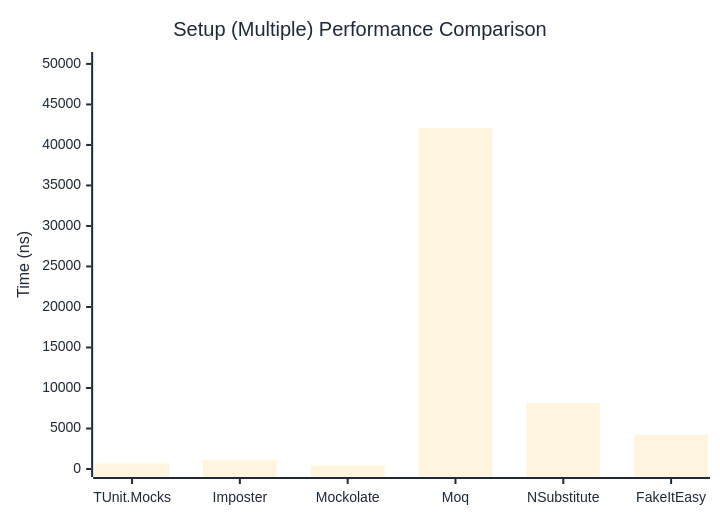
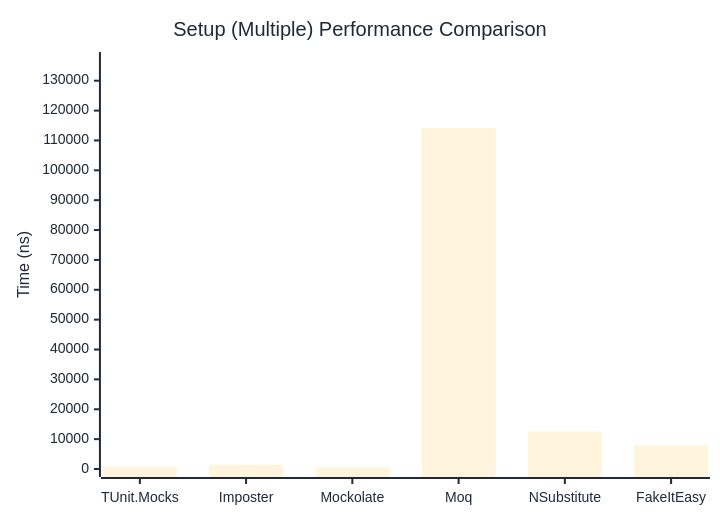
Before and after one commit to thomhurst/TUnit: the second of 2 diagrams in docs/docs/benchmarks/mocks/Setup.md, drawn with Mermaid. The commit also changed other lines of this file and 14 other files, not shown here.

````diff
--- a/docs/docs/benchmarks/mocks/Setup.md
+++ b/docs/docs/benchmarks/mocks/Setup.md
@@ -71,27 +71,27 @@
 ```mermaid
 %%{init: {
   'theme':'base',
   'themeVariables': {
     'primaryColor': '#2563eb',
     'primaryTextColor': '#1f2937',
     'primaryBorderColor': '#1e40af',
     'lineColor': '#6b7280',
     'secondaryColor': '#7c3aed',
     'tertiaryColor': '#dc2626',
     'background': '#ffffff',
     'pie1': '#2563eb',
     'pie2': '#7c3aed',
     'pie3': '#dc2626',
     'pie4': '#f59e0b',
     'pie5': '#10b981',
     'pie6': '#06b6d4',
     'pie7': '#ec4899',
     'pie8': '#6366f1'
   }
 }}%%
 xychart-beta
   title "Setup (Multiple) Performance Comparison"
   x-axis ["TUnit.Mocks", "Imposter", "Mockolate", "Moq", "NSubstitute", "FakeItEasy"]
-  y-axis "Time (ns)" 0 --> 50485
-  bar [674.2, 1087, 440.9, 42070.2, 8155.3, 4233]
+  y-axis "Time (ns)" 0 --> 136931
+  bar [791.6, 1437.7, 550.1, 114108.4, 12522.7, 8066.5]
 ```
````
